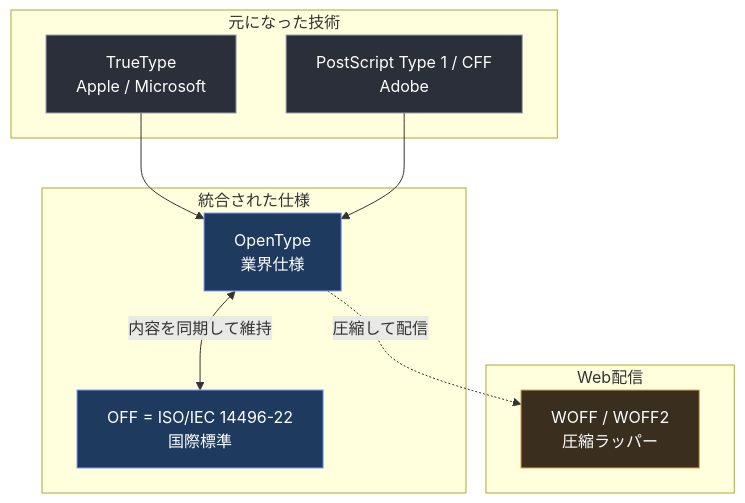
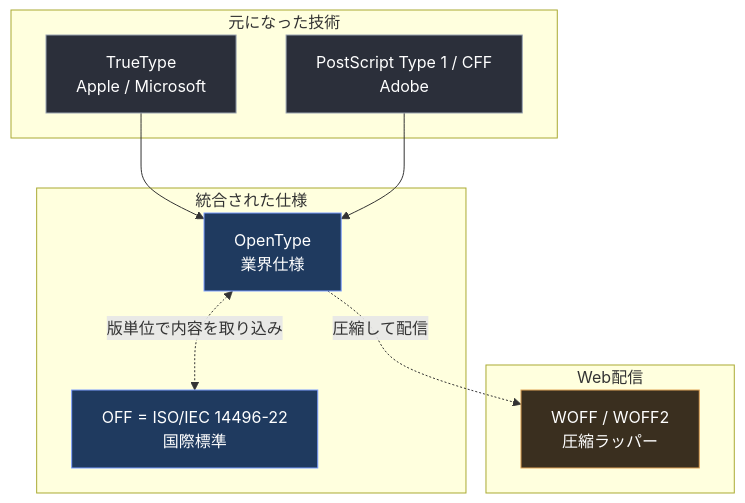
Before and after one commit to myoshi2891/Quality-Assurance-Studies: the second of 10 diagrams in Iso-14496-22-guide.md, drawn with Mermaid. The commit also changed other lines of this file, not shown here.

````diff
--- a/Iso-14496-22-guide.md
+++ b/Iso-14496-22-guide.md
@@ -95,26 +95,26 @@
 ```mermaid
 flowchart TB
     subgraph SG_ORIGIN["元になった技術"]
         TT["TrueType<br/>Apple / Microsoft"]
         PS["PostScript Type 1 / CFF<br/>Adobe"]
     end
     subgraph SG_SPEC["統合された仕様"]
         OT["OpenType<br/>業界仕様"]
         OFF["OFF = ISO/IEC 14496-22<br/>国際標準"]
     end
     subgraph SG_WEB["Web配信"]
         WOFF["WOFF / WOFF2<br/>圧縮ラッパー"]
     end
 
     TT --> OT
     PS --> OT
-    OT <-->|"内容を同期して維持"| OFF
+    OT <-.->|"版単位で内容を取り込み"| OFF
     OT -.->|"圧縮して配信"| WOFF
 
     classDef origin fill:#2b2f3a,stroke:#9aa4b2,color:#ffffff
     classDef spec fill:#1f3a5f,stroke:#7c9eff,color:#ffffff
     classDef web fill:#3a2f1f,stroke:#e0a458,color:#ffffff
     class TT,PS origin
     class OT,OFF spec
     class WOFF web
 ```
````
